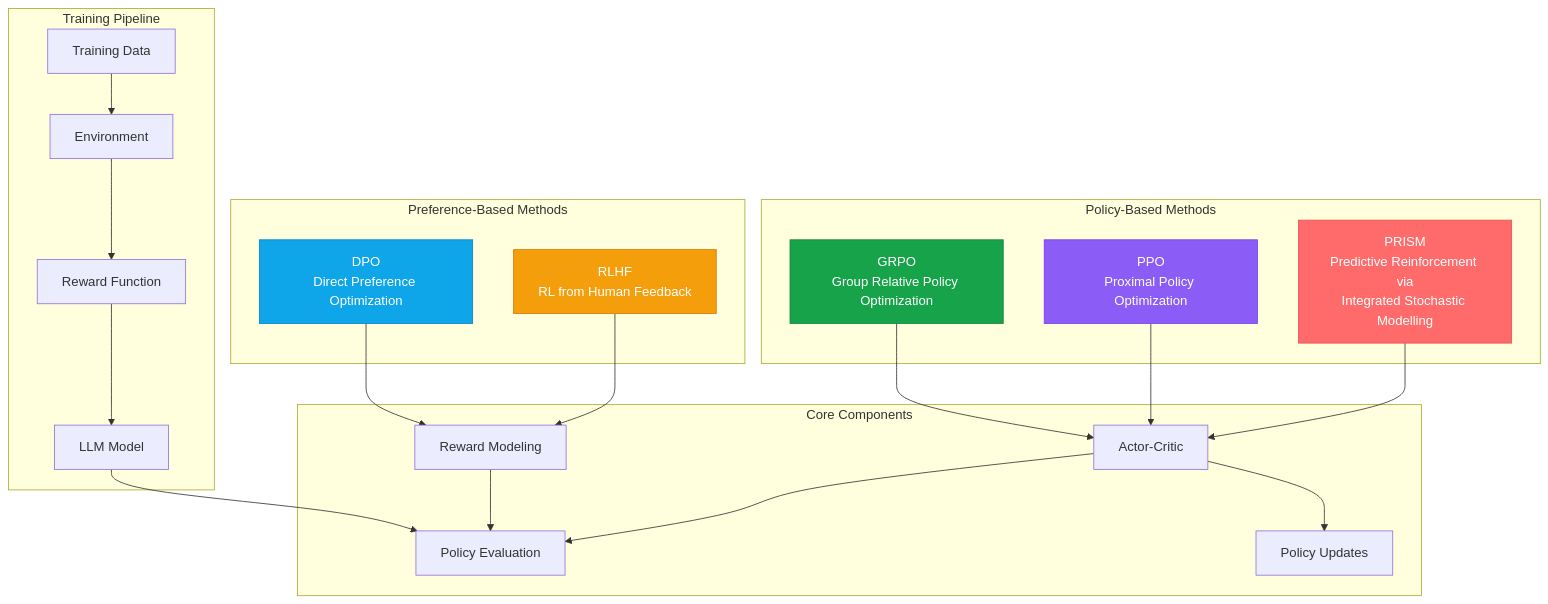
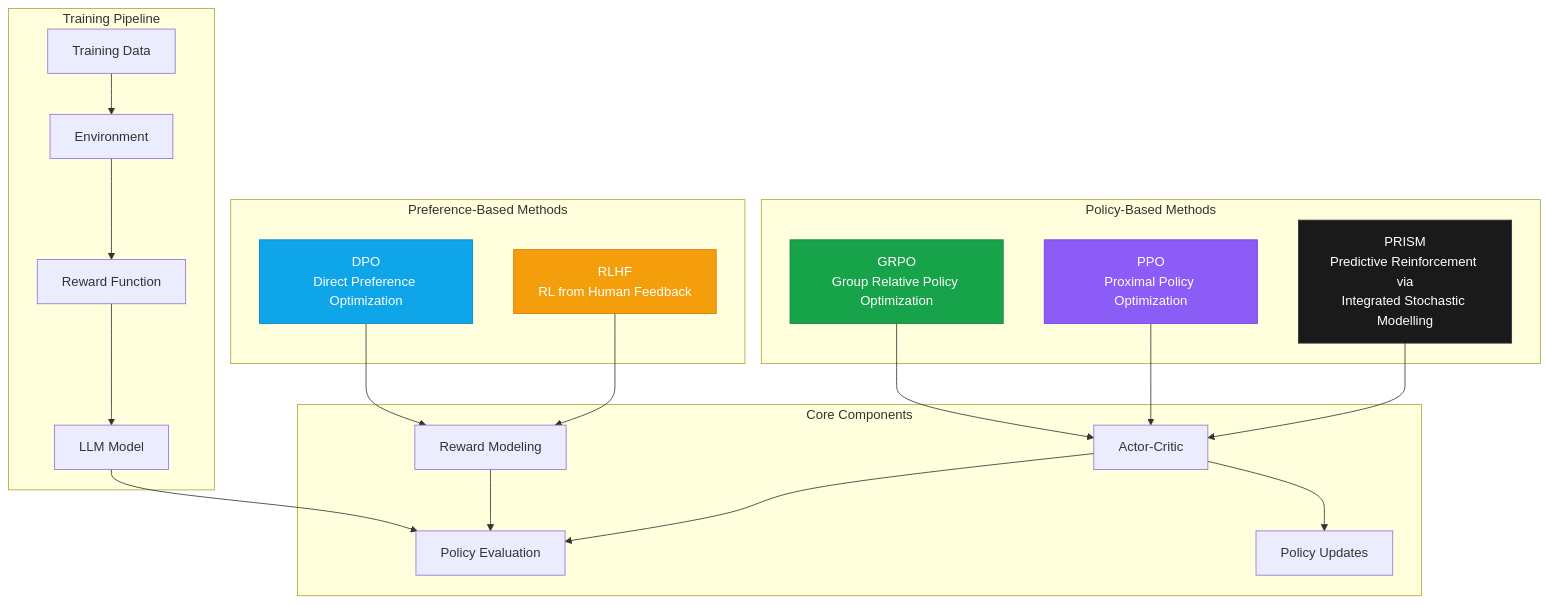
One commit to Aayan-Mishra/docs changed the diagram in artemis/algorithms/overview.mdx. Above: the diagram before and after it, drawn with Mermaid. The commit also changed other lines of this file and 7 other files, not shown here.

````diff
--- a/artemis/algorithms/overview.mdx
+++ b/artemis/algorithms/overview.mdx
@@ -11,48 +11,48 @@
 ```mermaid
 graph TD
     subgraph PolicyBased ["Policy-Based Methods"]
         GRPO["GRPO<br/>Group Relative Policy Optimization"]
         PPO["PPO<br/>Proximal Policy Optimization"]
         PRISM["PRISM<br/>Predictive Reinforcement via<br/>Integrated Stochastic Modelling"]
     end
     
     subgraph PreferenceBased ["Preference-Based Methods"]
         DPO["DPO<br/>Direct Preference Optimization"]
         RLHF["RLHF<br/>RL from Human Feedback"]
     end
     
     subgraph CoreComponents ["Core Components"]
         AC["Actor-Critic"]
         RB["Reward Modeling"]
         PE["Policy Evaluation"]
         PU["Policy Updates"]
     end
     
     subgraph TrainingPipeline ["Training Pipeline"]
         DATA["Training Data"]
         ENV["Environment"]
         REWARD["Reward Function"]
         MODEL["LLM Model"]
     end
     
     GRPO --> AC
     PPO --> AC
     PRISM --> AC
     DPO --> RB
     RLHF --> RB
     
     AC --> PE
     AC --> PU
     RB --> PE
     
     DATA --> ENV
     ENV --> REWARD
     REWARD --> MODEL
     MODEL --> PE
     
     style GRPO fill:#16A34A,stroke:#15803D,color:#fff
     style DPO fill:#0EA5E9,stroke:#0284C7,color:#fff
     style PPO fill:#8B5CF6,stroke:#7C3AED,color:#fff
-    style PRISM fill:#FF6B6B,stroke:#E55555,color:#fff
+    style PRISM fill:#1a1a1a,stroke:#333333,color:#fff
     style RLHF fill:#F59E0B,stroke:#D97706,color:#fff
 ```
````
